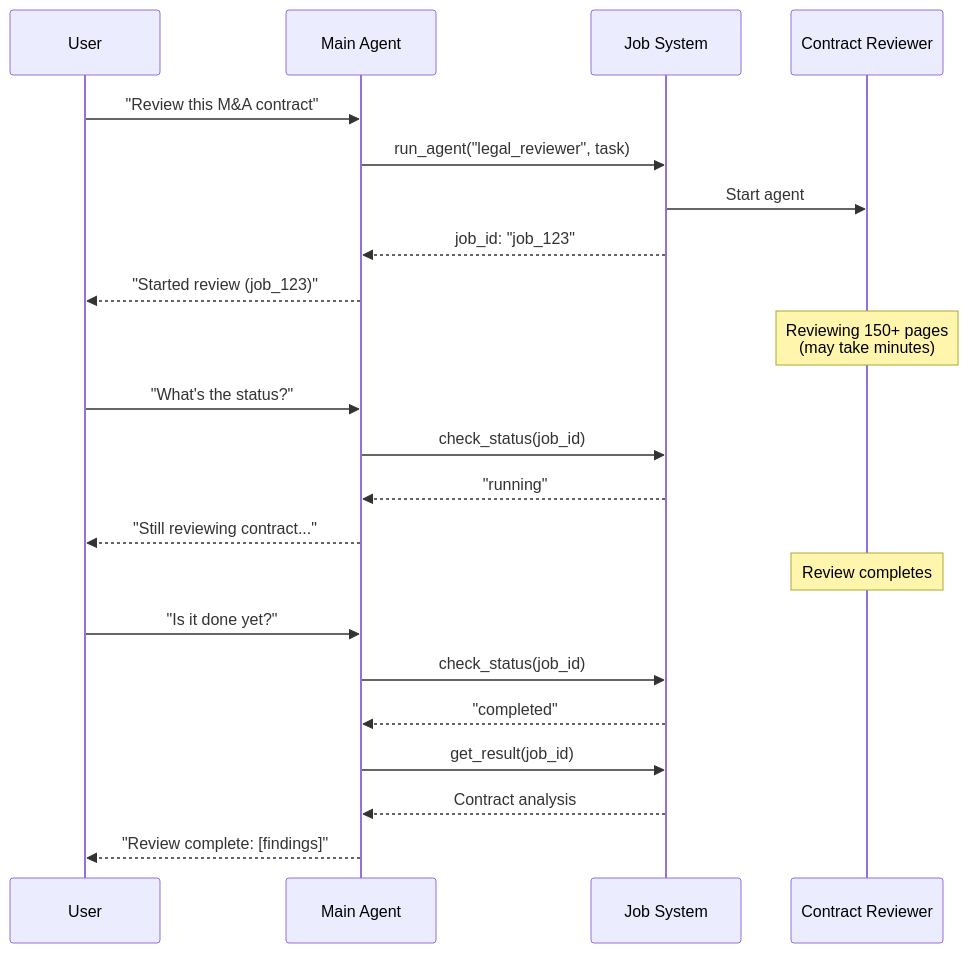
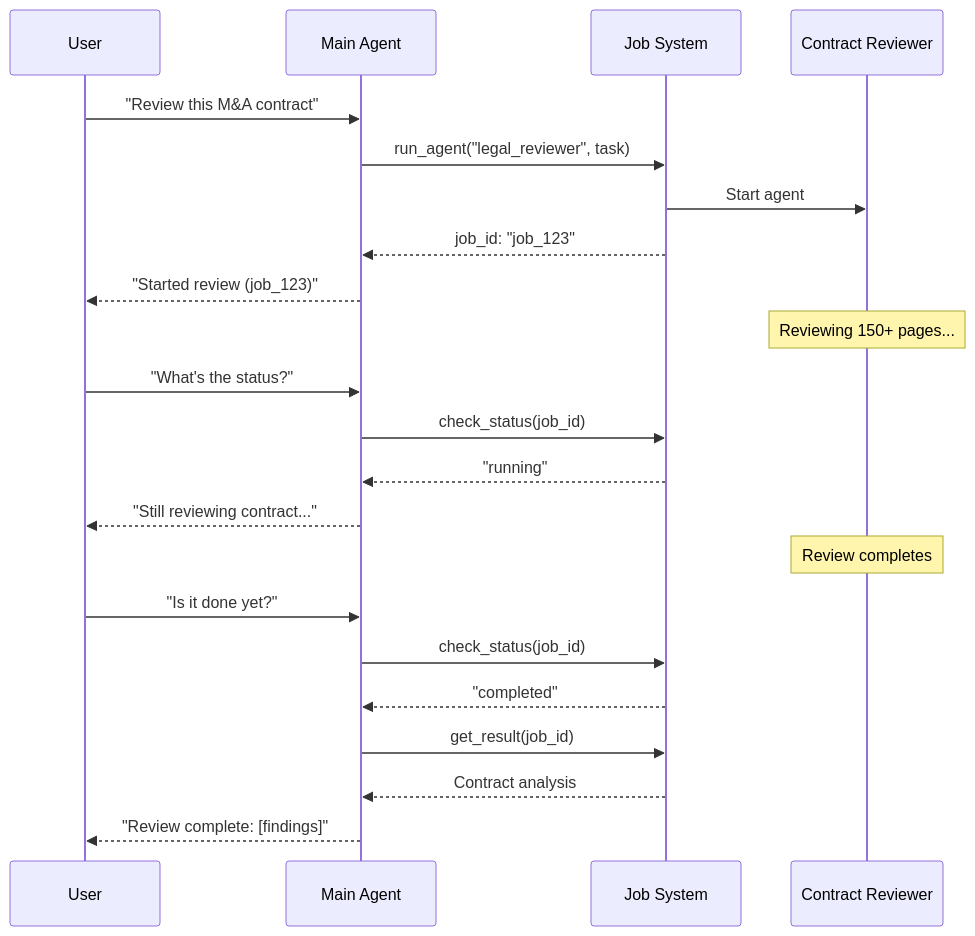
One commit to langchain-ai/docs changed the third of 5 diagrams in src/oss/langchain/multi-agent/subagents.mdx. Above: the diagram before and after it, drawn with Mermaid. The commit also changed other lines of this file and 1 other file, not shown here.

````diff
--- a/src/oss/langchain/multi-agent/subagents.mdx
+++ b/src/oss/langchain/multi-agent/subagents.mdx
@@ -99,29 +144,29 @@
 ```mermaid
 sequenceDiagram
     participant User
     participant Main Agent
     participant Job System
     participant Contract Reviewer
 
     User->>Main Agent: "Review this M&A contract"
     Main Agent->>Job System: run_agent("legal_reviewer", task)
     Job System->>Contract Reviewer: Start agent
     Job System-->>Main Agent: job_id: "job_123"
     Main Agent-->>User: "Started review (job_123)"
 
-    Note over Contract Reviewer: Reviewing 150+ pages<br/>(may take minutes)
+    Note over Contract Reviewer: Reviewing 150+ pages...
 
     User->>Main Agent: "What's the status?"
     Main Agent->>Job System: check_status(job_id)
     Job System-->>Main Agent: "running"
     Main Agent-->>User: "Still reviewing contract..."
 
     Note over Contract Reviewer: Review completes
 
     User->>Main Agent: "Is it done yet?"
     Main Agent->>Job System: check_status(job_id)
     Job System-->>Main Agent: "completed"
     Main Agent->>Job System: get_result(job_id)
     Job System-->>Main Agent: Contract analysis
     Main Agent-->>User: "Review complete: [findings]"
 ```
````
